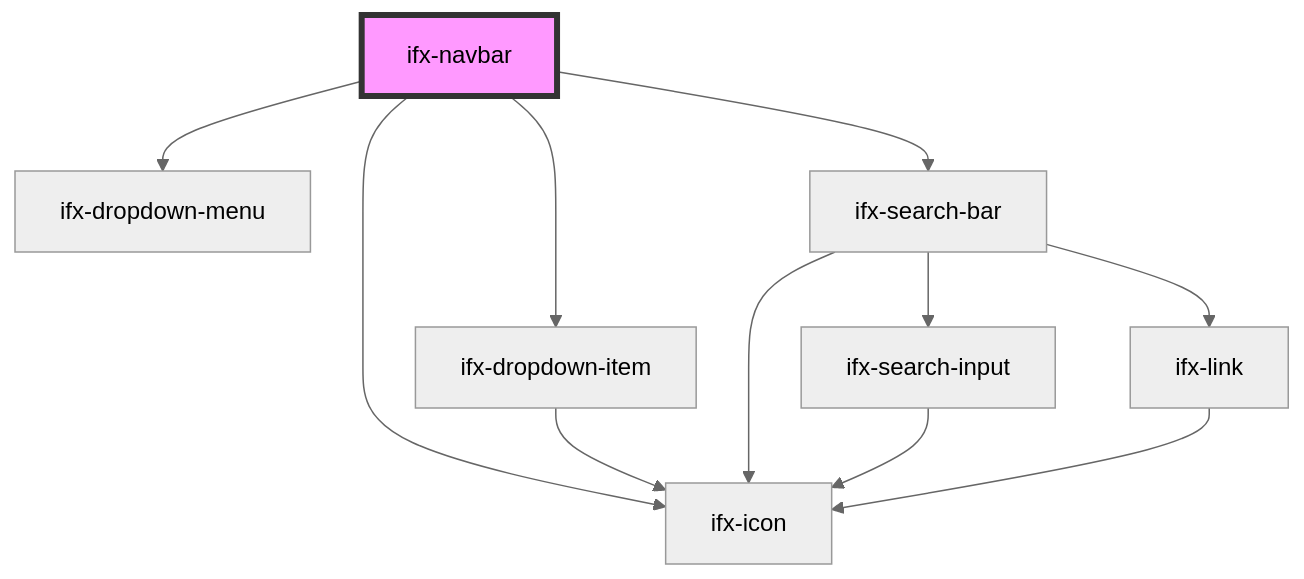
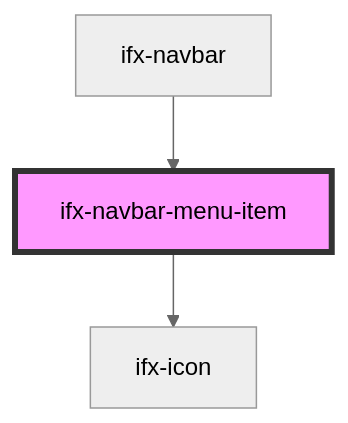
One commit to Infineon/infineon-design-system-stencil changed the diagram in src/components/navbar/readme.md. Above: the diagram before and after it, drawn with Mermaid (neutral theme). The commit also changed other lines of this file and 6 other files, not shown here.

````diff
--- a/src/components/navbar/readme.md
+++ b/src/components/navbar/readme.md
@@ -18,14 +27,6 @@
 ```mermaid
 graph TD;
-  ifx-navbar --> ifx-icon
-  ifx-navbar --> ifx-dropdown-menu
-  ifx-navbar --> ifx-dropdown-item
-  ifx-navbar --> ifx-search-bar
-  ifx-dropdown-item --> ifx-icon
-  ifx-search-bar --> ifx-search-input
-  ifx-search-bar --> ifx-icon
-  ifx-search-bar --> ifx-link
-  ifx-search-input --> ifx-icon
-  ifx-link --> ifx-icon
-  style ifx-navbar fill:#f9f,stroke:#333,stroke-width:4px
+  ifx-navbar-menu-item --> ifx-icon
+  ifx-navbar --> ifx-navbar-menu-item
+  style ifx-navbar-menu-item fill:#f9f,stroke:#333,stroke-width:4px
 ```
````
